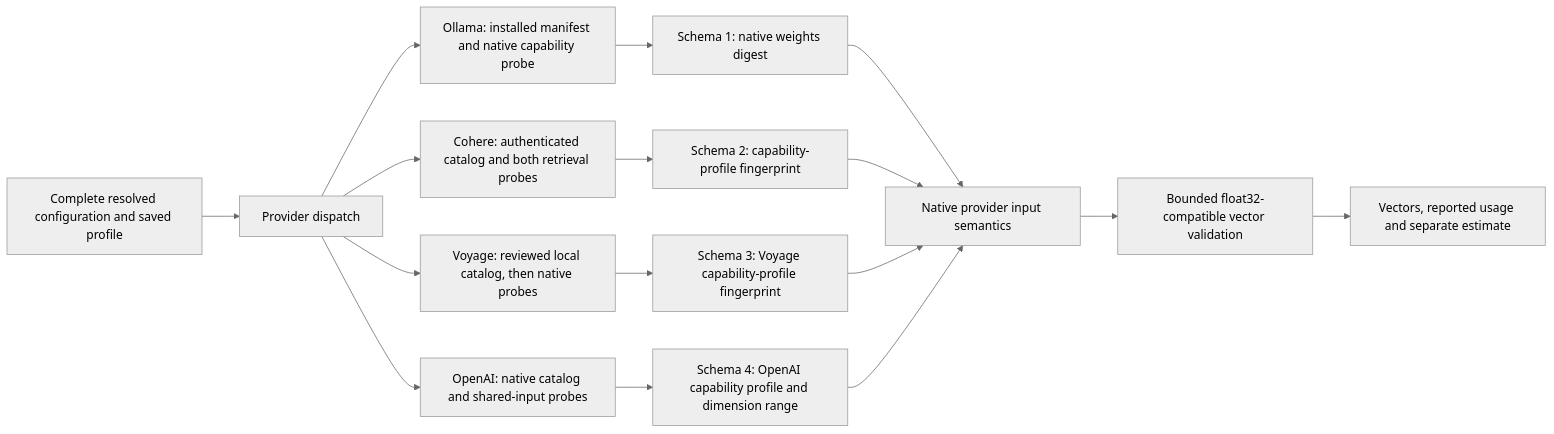
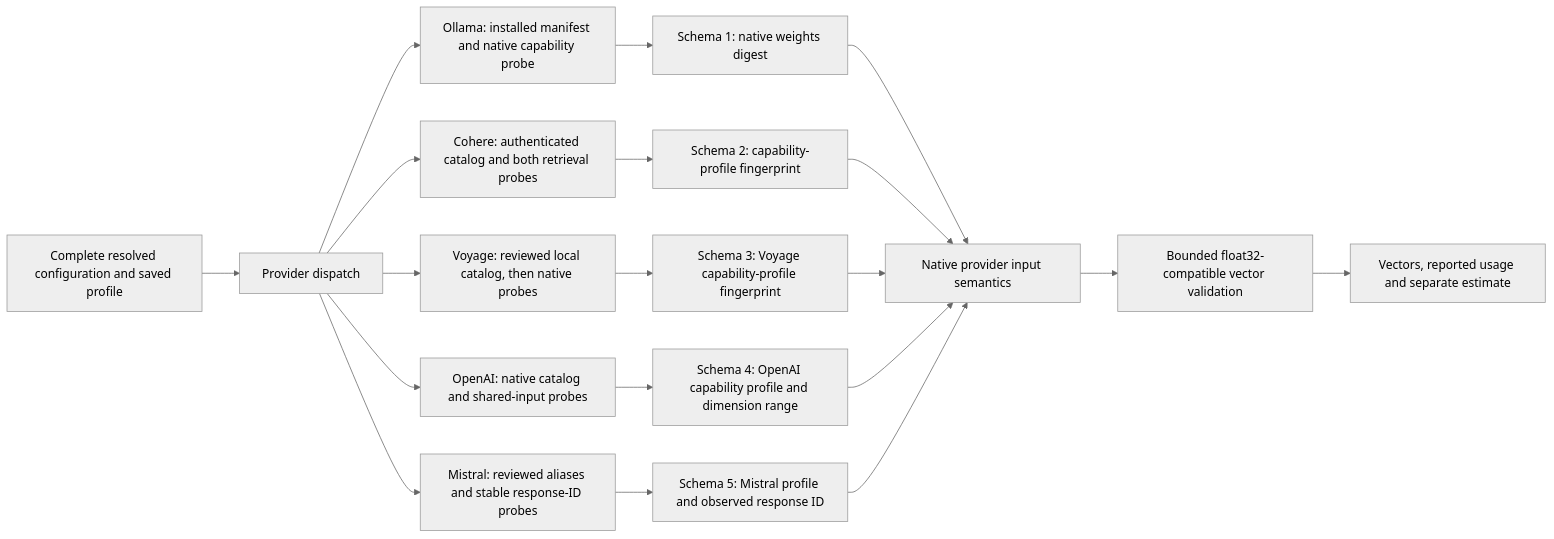
One commit to SimonLoir/vectorix changed the diagram in packages/embeddings/README.md. Above: the diagram before and after it, drawn with Mermaid (neutral theme). The commit also changed other lines of this file and 33 other files, not shown here.

````diff
--- a/packages/embeddings/README.md
+++ b/packages/embeddings/README.md
@@ -18,18 +19,21 @@
 ```mermaid
 flowchart LR
     R["Complete resolved configuration and saved profile"] --> D["Provider dispatch"]
     D --> O["Ollama: installed manifest and native capability probe"]
     D --> C["Cohere: authenticated catalog and both retrieval probes"]
     D --> VY["Voyage: reviewed local catalog, then native probes"]
     D --> OA["OpenAI: native catalog and shared-input probes"]
+    D --> MI["Mistral: reviewed aliases and stable response-ID probes"]
     O --> W["Schema 1: native weights digest"]
     C --> P["Schema 2: capability-profile fingerprint"]
     VY --> VP["Schema 3: Voyage capability-profile fingerprint"]
     OA --> OP["Schema 4: OpenAI capability profile and dimension range"]
+    MI --> MP["Schema 5: Mistral profile and observed response ID"]
     W --> E["Native provider input semantics"]
     P --> E
     VP --> E
     OP --> E
+    MP --> E
     E --> V["Bounded float32-compatible vector validation"]
     V --> U["Vectors, reported usage and separate estimate"]
 ```
````
